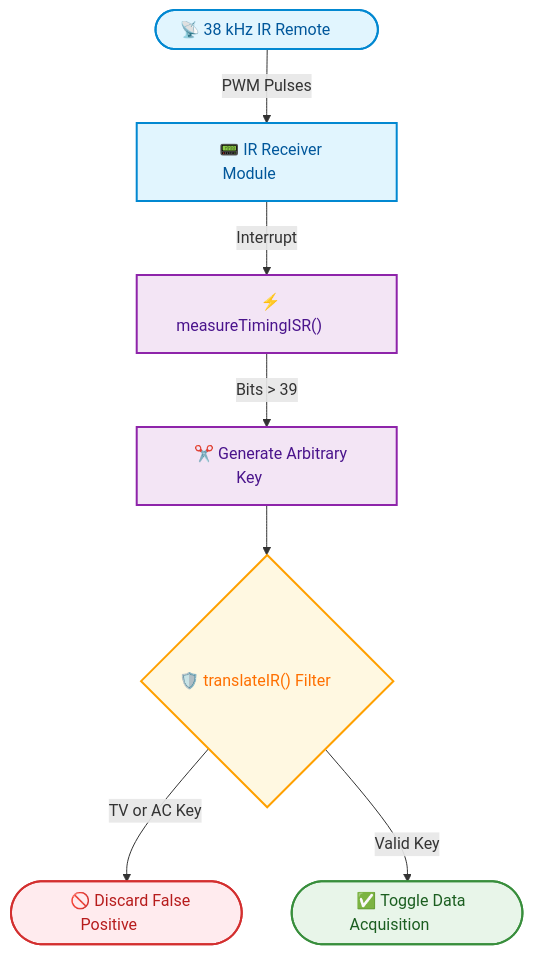
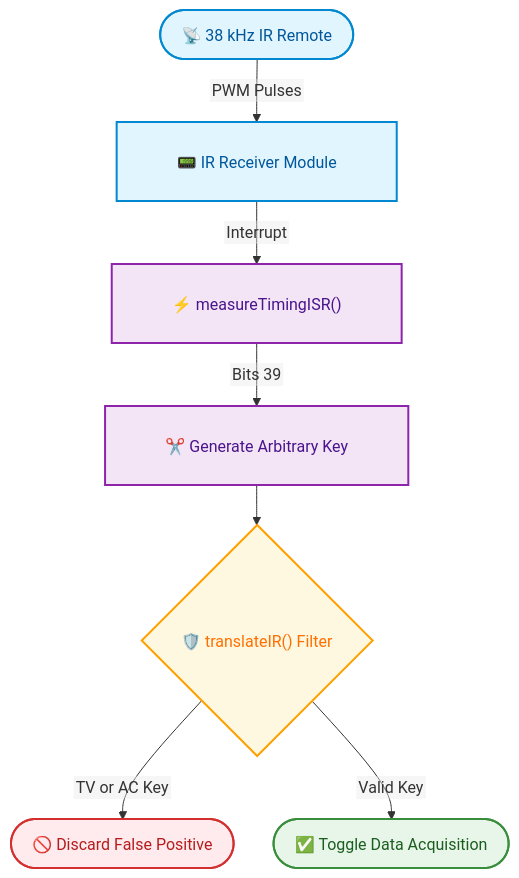
The first of 2 diagrams in README.md (antor44/Acquisition4microcontrollers), drawn with Mermaid before and after one commit. The commit also changed other lines of this file, not shown here.

````diff
--- a/README.md
+++ b/README.md
@@ -41,21 +41,22 @@
 ```mermaid
+%%{init: {"htmlLabels": false, "flowchart": {"htmlLabels": false, "padding": 30, "nodeSpacing": 40, "rankSpacing": 40}}}%%
 flowchart TD
-    A(["⠀📡 38 kHz IR Remote⠀⠀⠀"]) -->|PWM Pulses| B["⠀📟 IR Receiver Module⠀⠀⠀"]
-    B -->|Interrupt| C["⠀⚡ measureTimingISR()⠀⠀⠀"]
-    C -->|Bits > 39| D["⠀✂️ Generate Arbitrary Key⠀⠀⠀"]
-    D --> E{"⠀🛡️ translateIR() Filter⠀⠀⠀"}
-    E -->|TV or AC Key| F(["⠀🚫 Discard False Positive⠀⠀⠀"])
-    E -->|Valid Key| G(["⠀✅ Toggle Data Acquisition⠀⠀⠀"])
+    A(["📡 38 kHz IR Remote"]) -->|PWM Pulses| B["📟 IR Receiver Module"]
+    B -->|Interrupt| C["⚡ measureTimingISR()"]
+    C -->|Bits > 39| D["✂️ Generate Arbitrary Key"]
+    D --> E{"🛡️ translateIR() Filter"}
+    E -->|TV or AC Key| F(["🚫 Discard False Positive"])
+    E -->|Valid Key| G(["✅ Toggle Data Acquisition"])
 
     classDef input fill:#e1f5fe,stroke:#0288d1,stroke-width:2px,color:#01579b;
     classDef process fill:#f3e5f5,stroke:#8e24aa,stroke-width:2px,color:#4a148c;
     classDef filter fill:#fff8e1,stroke:#ffa000,stroke-width:2px,color:#ff6f00;
     classDef reject fill:#ffebee,stroke:#d32f2f,stroke-width:2px,color:#b71c1c;
     classDef accept fill:#e8f5e9,stroke:#388e3c,stroke-width:2px,color:#1b5e20;
 
     class A,B input;
     class C,D process;
     class E filter;
     class F reject;
     class G accept;
 ```
````
